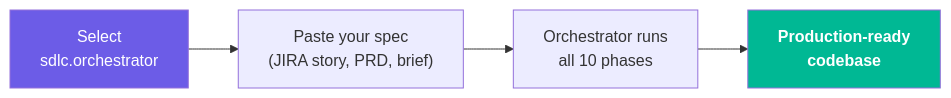
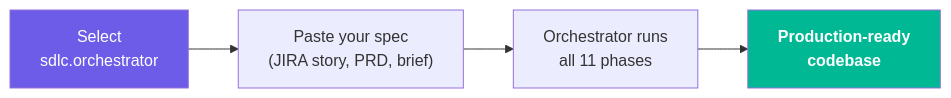
The first of 5 diagrams in docs/usage-guide.md (bitbitcodes/autonomous-sdlc), drawn with Mermaid before and after one commit. The commit also changed other lines of this file and 66 other files, not shown here.

````diff
--- a/docs/usage-guide.md
+++ b/docs/usage-guide.md
@@ -9,9 +9,9 @@
 ```mermaid
 flowchart LR
     SELECT["Select<br/>sdlc.orchestrator"] --> PASTE["Paste your spec<br/>(JIRA story, PRD, brief)"]
-    PASTE --> GO["Orchestrator runs<br/>all 10 phases"]
+    PASTE --> GO["Orchestrator runs<br/>all 11 phases"]
     GO --> DONE["Production-ready<br/>codebase"]
 
     style SELECT fill:#6c5ce7,color:#fff
     style DONE fill:#00b894,color:#fff,font-weight:bold
 ```
````
